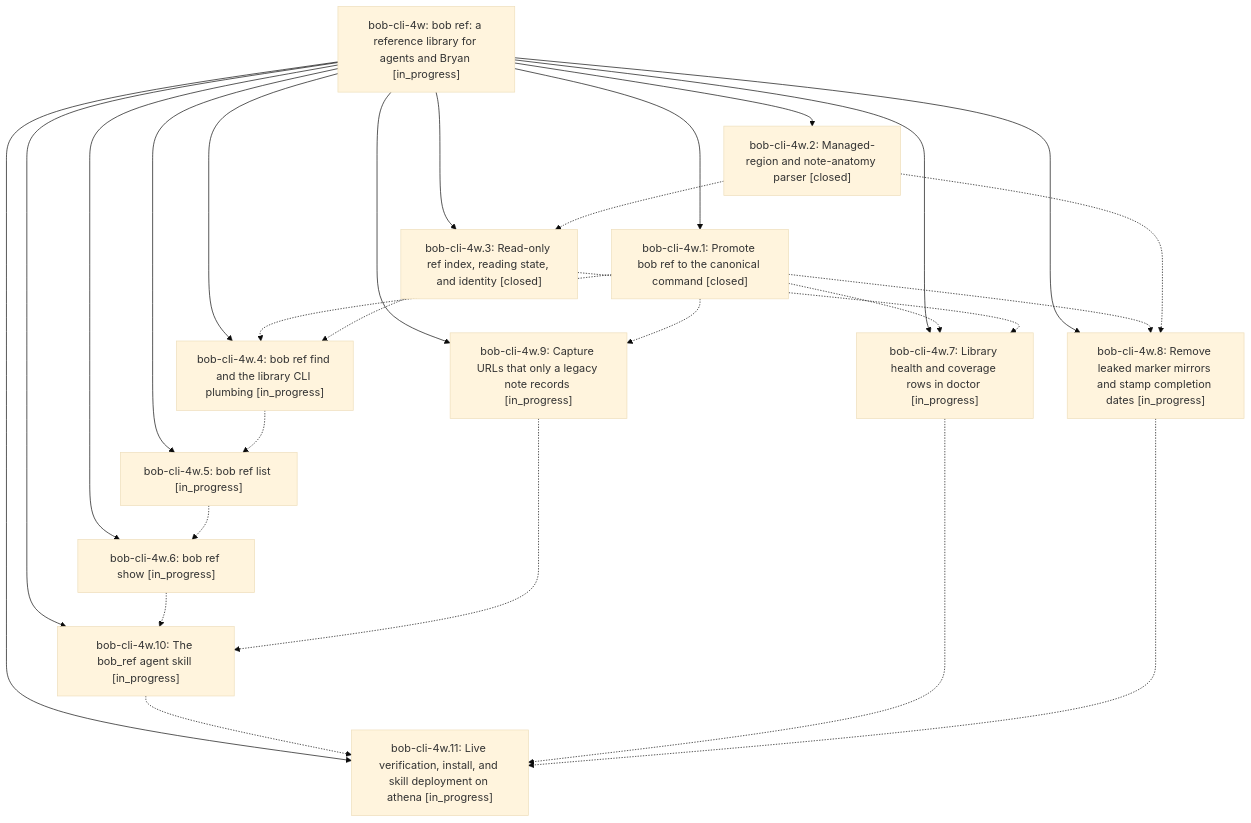
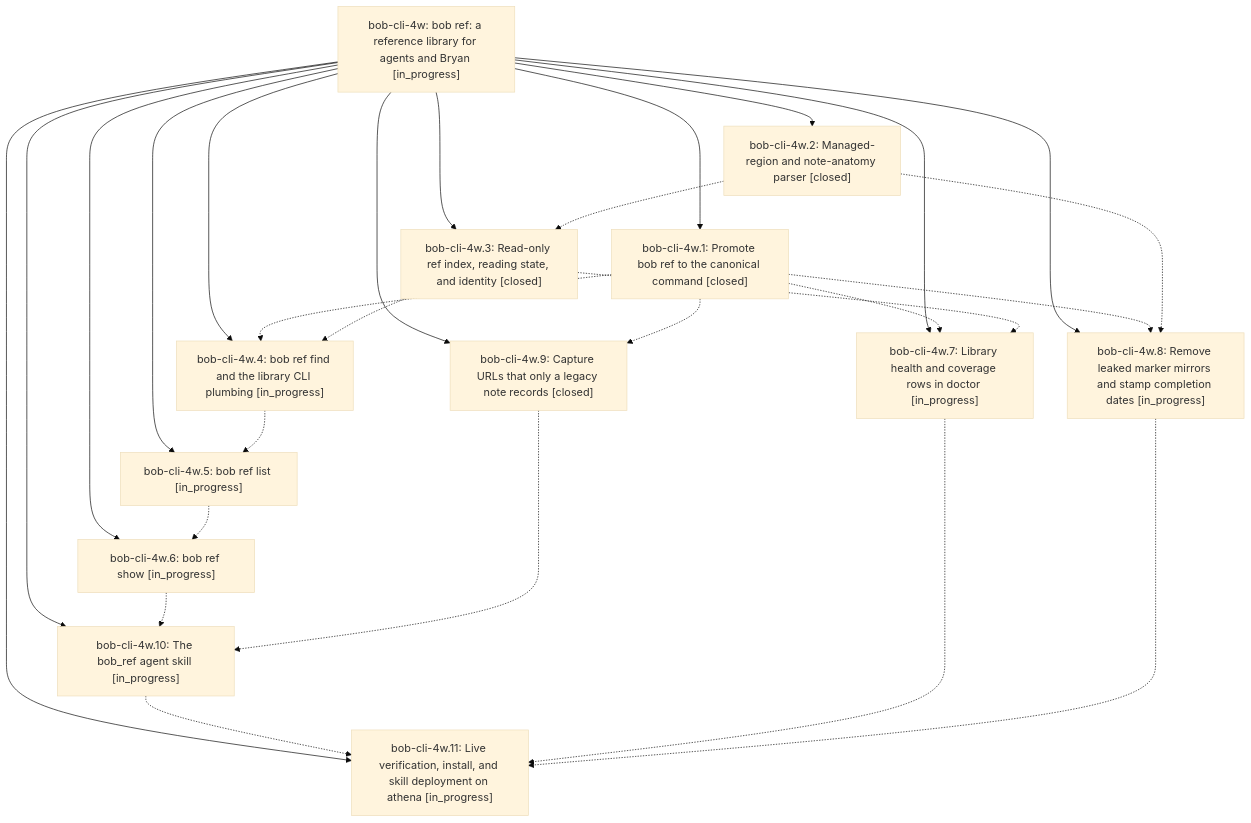
One commit to bobs-org/bob-cli--beads changed the diagram in pages/bob-cli-4w/README.md. Above: the diagram before and after it, drawn with Mermaid (base theme). The commit also changed other lines of this file and 3 other files, not shown here.

First line of the commit message:
chore(beads): sync bead state and pages for bob-cli-4w

````diff
--- a/pages/bob-cli-4w/README.md
+++ b/pages/bob-cli-4w/README.md
@@ -32,41 +32,41 @@
 ```mermaid
 flowchart TD
     n0["bob-cli-4w: bob ref: a reference library for agents and Bryan [in_progress]"]
     n1["bob-cli-4w.1: Promote bob ref to the canonical command [closed]"]
     n2["bob-cli-4w.10: The bob_ref agent skill [in_progress]"]
     n3["bob-cli-4w.11: Live verification, install, and skill deployment on athena [in_progress]"]
     n4["bob-cli-4w.2: Managed-region and note-anatomy parser [closed]"]
     n5["bob-cli-4w.3: Read-only ref index, reading state, and identity [closed]"]
     n6["bob-cli-4w.4: bob ref find and the library CLI plumbing [in_progress]"]
     n7["bob-cli-4w.5: bob ref list [in_progress]"]
     n8["bob-cli-4w.6: bob ref show [in_progress]"]
     n9["bob-cli-4w.7: Library health and coverage rows in doctor [in_progress]"]
     n10["bob-cli-4w.8: Remove leaked marker mirrors and stamp completion dates [in_progress]"]
-    n11["bob-cli-4w.9: Capture URLs that only a legacy note records [in_progress]"]
+    n11["bob-cli-4w.9: Capture URLs that only a legacy note records [closed]"]
     n0 --> n1
     n0 --> n2
     n0 --> n3
     n0 --> n4
     n0 --> n5
     n0 --> n6
     n0 --> n7
     n0 --> n8
     n0 --> n9
     n0 --> n10
     n0 --> n11
     n1 -.-> n6
     n1 -.-> n9
     n1 -.-> n10
     n1 -.-> n11
     n2 -.-> n3
     n4 -.-> n5
     n4 -.-> n10
     n5 -.-> n6
     n5 -.-> n9
     n6 -.-> n7
     n7 -.-> n8
     n8 -.-> n2
     n9 -.-> n3
     n10 -.-> n3
     n11 -.-> n2
 ```
````
